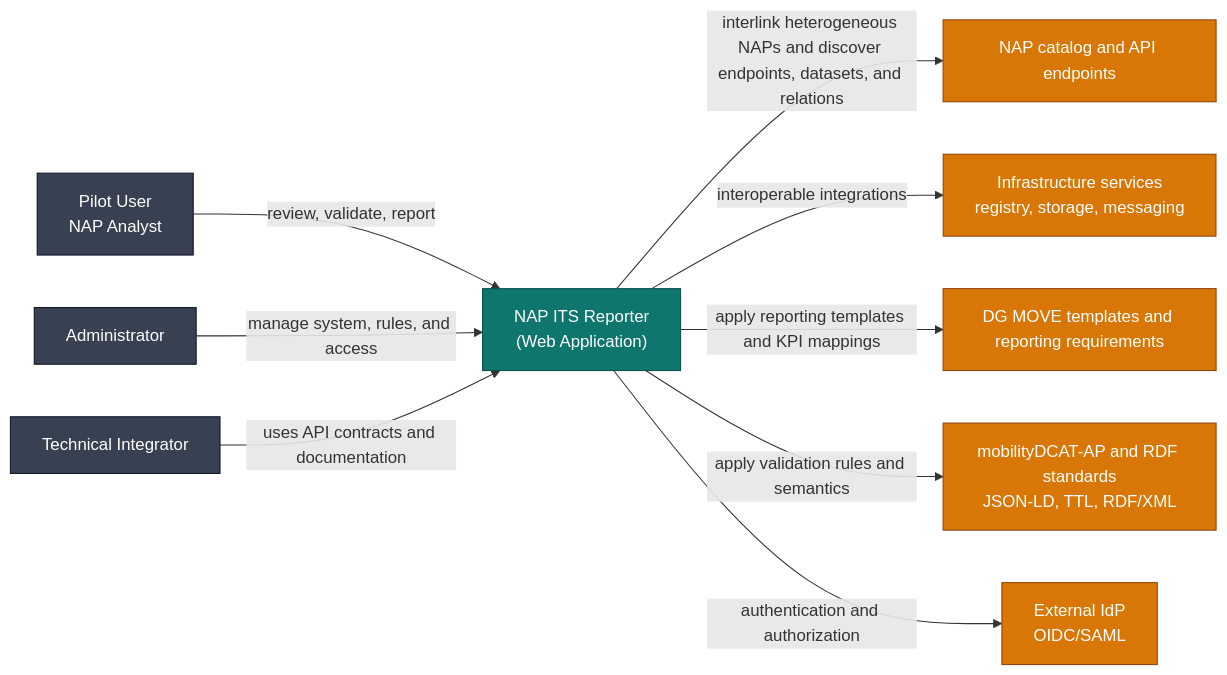
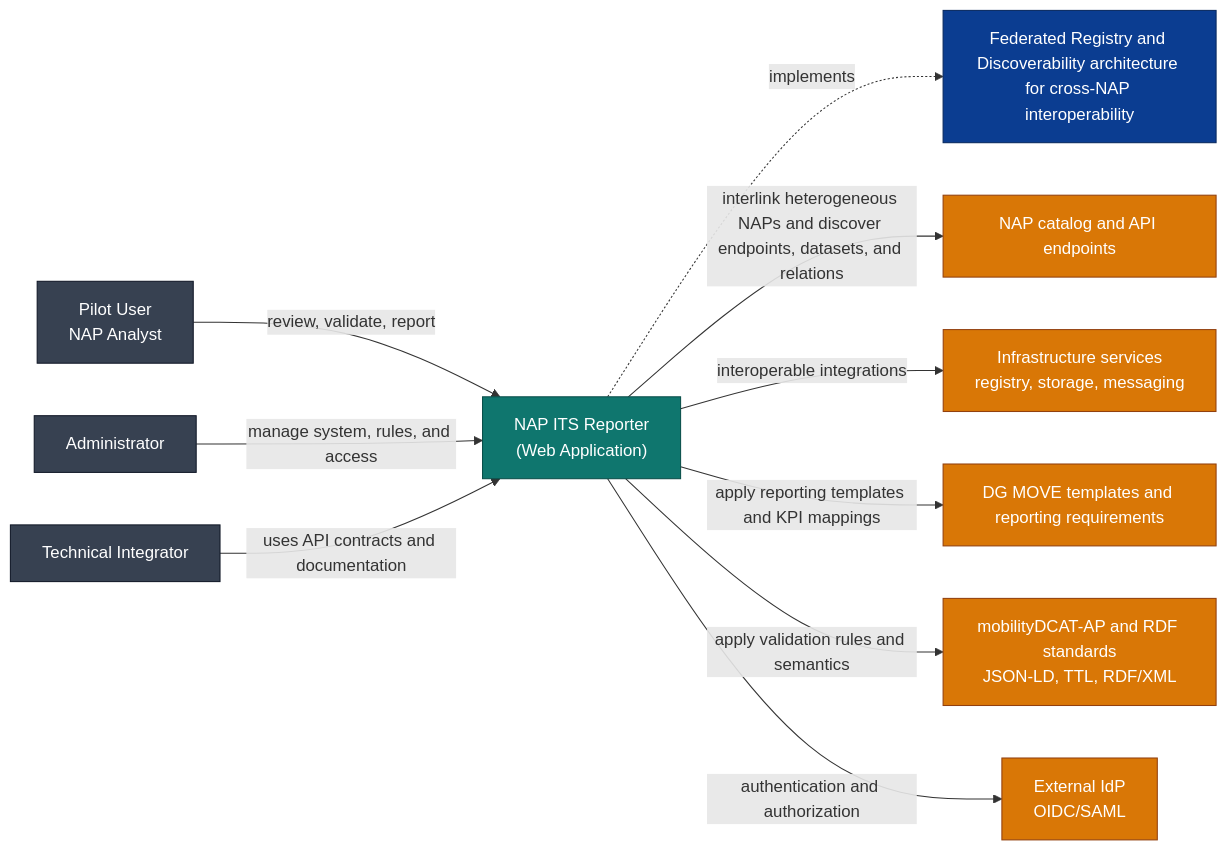
The first of 4 diagrams in docs/architecture/c4-design.md (UM-KGPI/Napcore-ITS-Reporting), drawn with Mermaid before and after one commit. The commit also changed other lines of this file and 6 other files, not shown here.

Commit message:
Standardize Federated Registry and Discoverability term across C4 and API docs

````diff
--- a/docs/architecture/c4-design.md
+++ b/docs/architecture/c4-design.md
@@ -13,28 +15,30 @@
 ```mermaid
 flowchart LR
     classDef system fill:#0b3d91,stroke:#08295f,color:#fff
     classDef app fill:#0f766e,stroke:#0a4f4a,color:#fff
     classDef ext fill:#d97706,stroke:#92400e,color:#fff
     classDef user fill:#374151,stroke:#111827,color:#fff
 
     U1[Pilot User\nNAP Analyst]:::user
     U2[Administrator]:::user
     U3[Technical Integrator]:::user
 
     APP["NAP ITS Reporter\n(Web Application)"]:::app
+    PATTERN["Federated Registry and Discoverability architecture for cross-NAP interoperability"]:::system
 
     NAP[NAP catalog and API endpoints]:::ext
     INFRA[Infrastructure services\nregistry, storage, messaging]:::ext
     DGMOVE[DG MOVE templates and reporting requirements]:::ext
     STD[mobilityDCAT-AP and RDF standards\nJSON-LD, TTL, RDF/XML]:::ext
     IDP[External IdP\nOIDC/SAML]:::ext
 
     U1 -->|review, validate, report| APP
     U2 -->|manage system, rules, and access| APP
     U3 -->|uses API contracts and documentation| APP
+    APP -.implements.-> PATTERN
     APP -->|interlink heterogeneous NAPs and discover endpoints, datasets, and relations| NAP
     APP -->|interoperable integrations| INFRA
     APP -->|apply reporting templates and KPI mappings| DGMOVE
     APP -->|apply validation rules and semantics| STD
     APP -->|authentication and authorization| IDP
 ```
````
